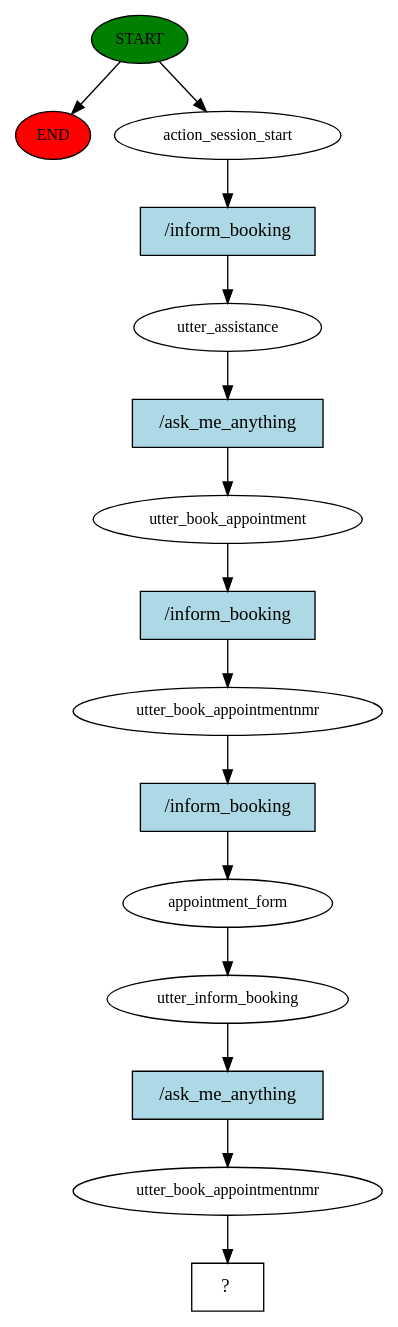
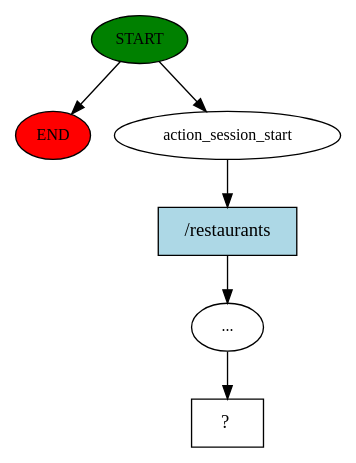
The diagram in RASA LLM/story_graph.dot (sudomaster00081/Kameda24), drawn with Graphviz before and after one commit. The commit also changed 153 other files, not shown here.

```diff
--- a/RASA LLM/story_graph.dot
+++ b/RASA LLM/story_graph.dot
@@ -1,31 +1,13 @@
 digraph  {
 0 [class="start active", fillcolor=green, fontsize=12, label=START, style=filled];
 "-1" [class=end, fillcolor=red, fontsize=12, label=END, style=filled];
 1 [class=active, fontsize=12, label=action_session_start];
-2 [class=active, fontsize=12, label=utter_assistance];
-3 [class=active, fontsize=12, label=utter_book_appointment];
-4 [class=active, fontsize=12, label=utter_book_appointmentnmr];
-5 [class=active, fontsize=12, label=appointment_form];
-6 [class=active, fontsize=12, label=utter_inform_booking];
-7 [class=active, fontsize=12, label=utter_book_appointmentnmr];
-8 [class="intent dashed active", label="  ?  ", shape=rect];
-9 [class="intent active", fillcolor=lightblue, label="/inform_booking", shape=rect, style=filled];
-10 [class="intent active", fillcolor=lightblue, label="/ask_me_anything", shape=rect, style=filled];
-11 [class="intent active", fillcolor=lightblue, label="/inform_booking", shape=rect, style=filled];
-12 [class="intent active", fillcolor=lightblue, label="/inform_booking", shape=rect, style=filled];
-13 [class="intent active", fillcolor=lightblue, label="/ask_me_anything", shape=rect, style=filled];
+2 [class=active, fontsize=12, label="..."];
+3 [class="intent dashed active", label="  ?  ", shape=rect];
+4 [class="intent active", fillcolor=lightblue, label="/restaurants", shape=rect, style=filled];
 0 -> "-1"  [class="", key=NONE, label=""];
 0 -> 1  [class=active, key=NONE, label=""];
-1 -> 9  [class=active, key=0];
-2 -> 10  [class=active, key=0];
-3 -> 11  [class=active, key=0];
-4 -> 12  [class=active, key=0];
-5 -> 6  [class=active, key=NONE, label=""];
-6 -> 13  [class=active, key=0];
-7 -> 8  [class=active, key=NONE, label=""];
-9 -> 2  [class=active, key=0];
-10 -> 3  [class=active, key=0];
-11 -> 4  [class=active, key=0];
-12 -> 5  [class=active, key=0];
-13 -> 7  [class=active, key=0];
+1 -> 4  [class=active, key=0];
+2 -> 3  [class=active, key=NONE, label=""];
+4 -> 2  [class=active, key=0];
 }
```
